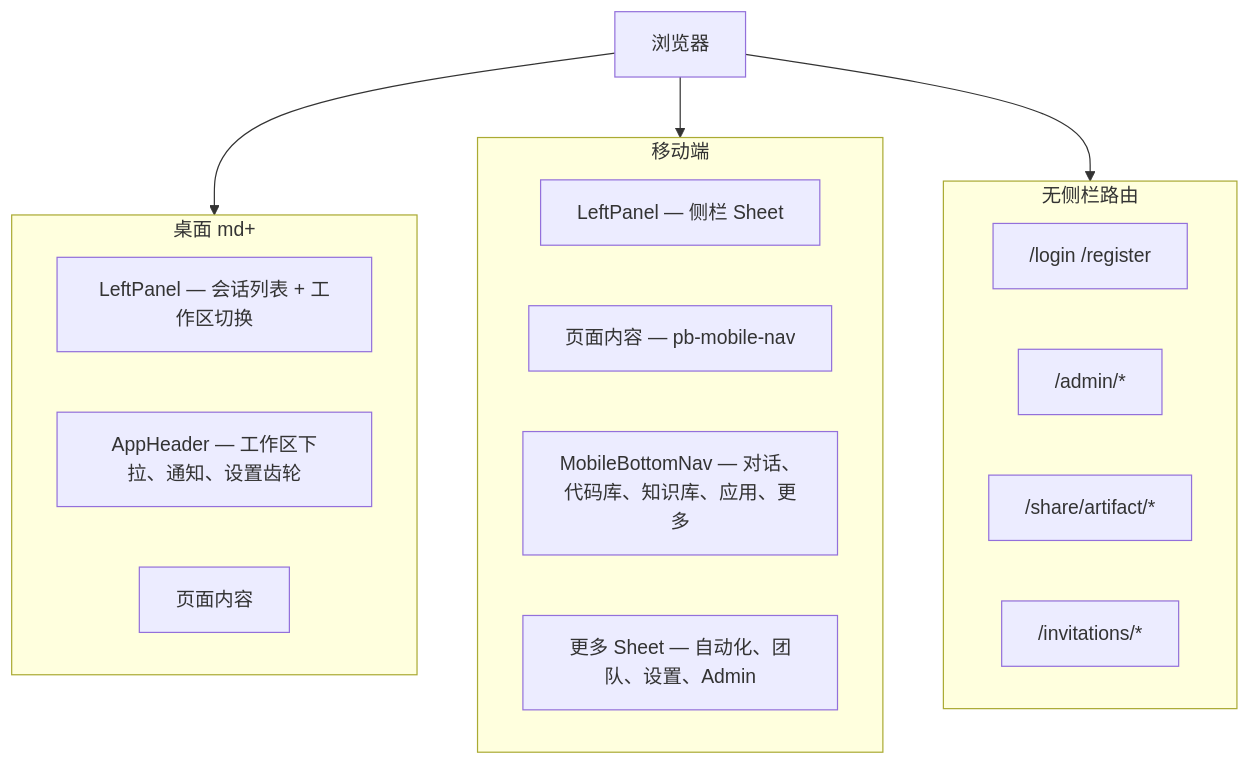
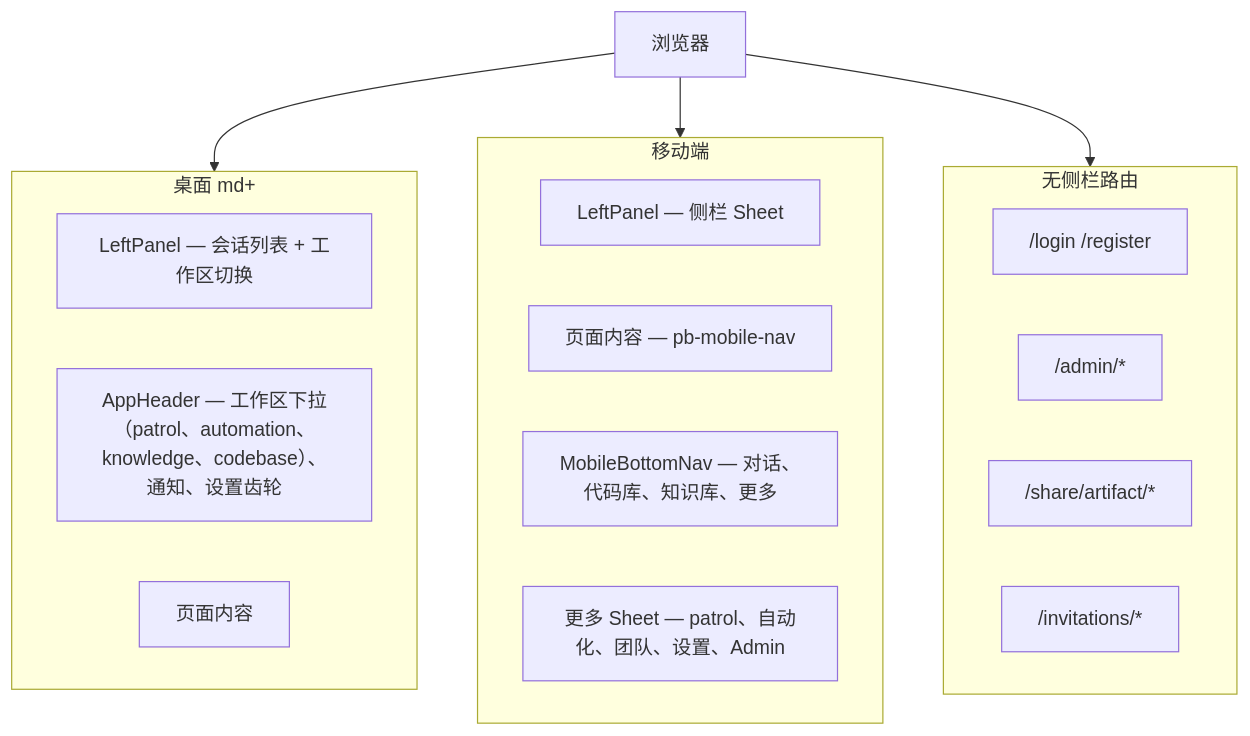
One commit to OceaLong/opencitadel changed the first of 5 diagrams in docs/architecture/frontend-ui.zh-CN.md. Above: the diagram before and after it, drawn with Mermaid. The commit also changed other lines of this file and 375 other files, not shown here.

````diff
--- a/docs/architecture/frontend-ui.zh-CN.md
+++ b/docs/architecture/frontend-ui.zh-CN.md
@@ -9,23 +9,23 @@
 ```mermaid
 flowchart TB
   subgraph desktop ["桌面 md+"]
     LP["LeftPanel — 会话列表 + 工作区切换"]
-    HDR["AppHeader — 工作区下拉、通知、设置齿轮"]
+    HDR["AppHeader — 工作区下拉（patrol、automation、knowledge、codebase）、通知、设置齿轮"]
     MAIN["页面内容"]
   end
   subgraph mobile ["移动端"]
     LPm["LeftPanel — 侧栏 Sheet"]
     MAINm["页面内容 — pb-mobile-nav"]
-    NAV["MobileBottomNav — 对话、代码库、知识库、应用、更多"]
-    MORE["更多 Sheet — 自动化、团队、设置、Admin"]
+    NAV["MobileBottomNav — 对话、代码库、知识库、更多"]
+    MORE["更多 Sheet — patrol、自动化、团队、设置、Admin"]
   end
   subgraph noShell ["无侧栏路由"]
     AUTH["/login /register"]
     ADMIN["/admin/*"]
     SHARE["/share/artifact/*"]
     INV["/invitations/*"]
   end
   User["浏览器"] --> desktop
   User --> mobile
   User --> noShell
 ```
````
